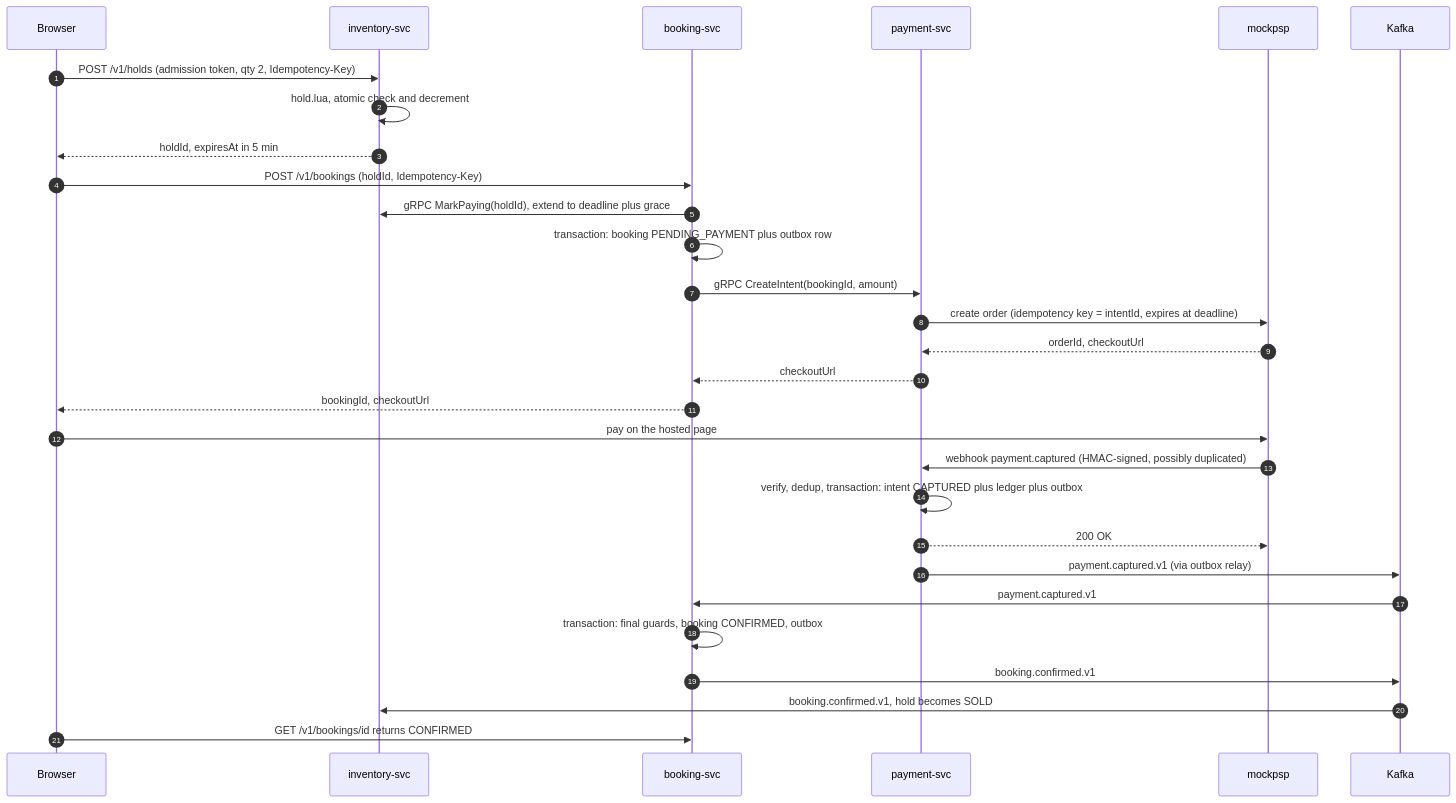
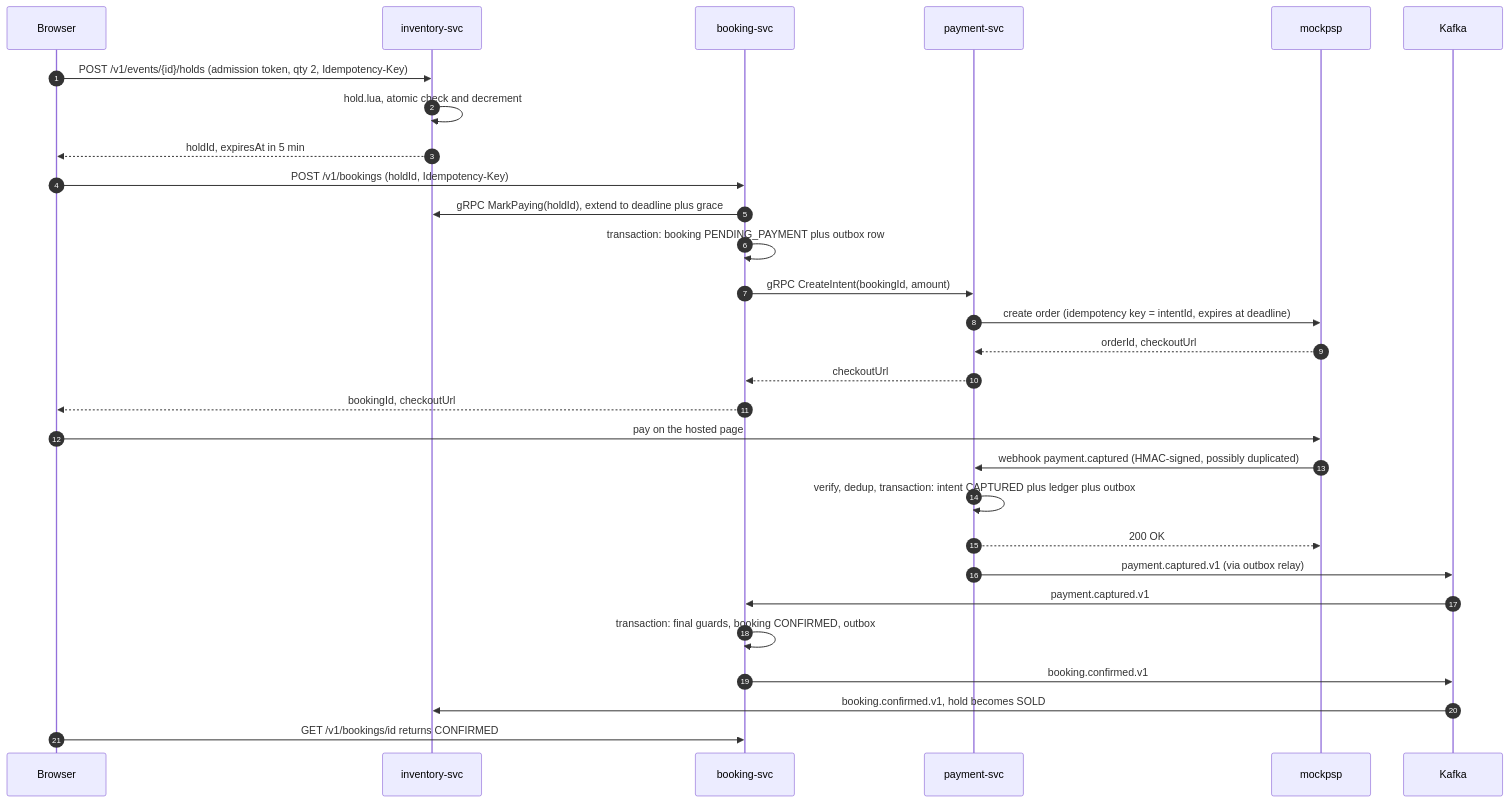
The fourth of 8 diagrams in docs/design/holdfast-design-and-build-plan.mdx (Sanjay-Mx21/holdfast), drawn with Mermaid before and after one commit. The commit also changed other lines of this file and 1 other file, not shown here.

````diff
--- a/docs/design/holdfast-design-and-build-plan.mdx
+++ b/docs/design/holdfast-design-and-build-plan.mdx
@@ -381,31 +384,31 @@
 ```mermaid
 sequenceDiagram
   autonumber
   participant U as Browser
   participant I as inventory-svc
   participant BK as booking-svc
   participant PW as payment-svc
   participant PSP as mockpsp
   participant K as Kafka
-  U->>I: POST /v1/holds (admission token, qty 2, Idempotency-Key)
+  U->>I: POST /v1/events/{id}/holds (admission token, qty 2, Idempotency-Key)
   I->>I: hold.lua, atomic check and decrement
   I-->>U: holdId, expiresAt in 5 min
   U->>BK: POST /v1/bookings (holdId, Idempotency-Key)
   BK->>I: gRPC MarkPaying(holdId), extend to deadline plus grace
   BK->>BK: transaction: booking PENDING_PAYMENT plus outbox row
   BK->>PW: gRPC CreateIntent(bookingId, amount)
   PW->>PSP: create order (idempotency key = intentId, expires at deadline)
   PSP-->>PW: orderId, checkoutUrl
   PW-->>BK: checkoutUrl
   BK-->>U: bookingId, checkoutUrl
   U->>PSP: pay on the hosted page
   PSP->>PW: webhook payment.captured (HMAC-signed, possibly duplicated)
   PW->>PW: verify, dedup, transaction: intent CAPTURED plus ledger plus outbox
   PW-->>PSP: 200 OK
   PW->>K: payment.captured.v1 (via outbox relay)
   K->>BK: payment.captured.v1
   BK->>BK: transaction: final guards, booking CONFIRMED, outbox
   BK->>K: booking.confirmed.v1
   K->>I: booking.confirmed.v1, hold becomes SOLD
   U->>BK: GET /v1/bookings/id returns CONFIRMED
 ```
````
